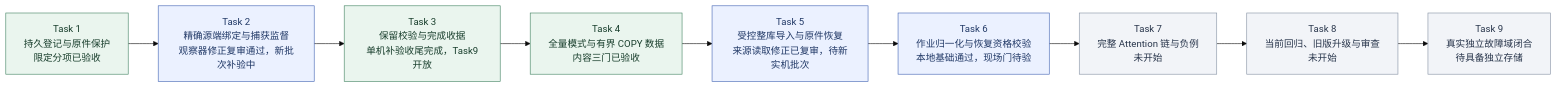
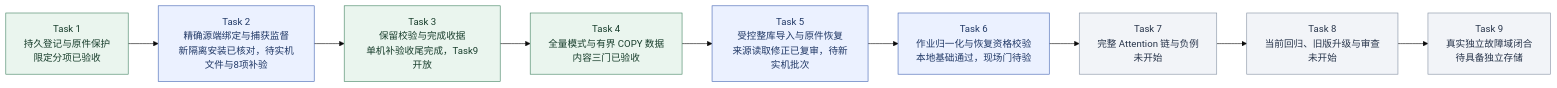
Before and after one commit to MansurnamedZhang/learning-system-p0c4: the second of 9 diagrams in docs/KnowWeave实施路线与系统架构.md, drawn with Mermaid (base theme). The commit also changed other lines of this file and 4 other files, not shown here.

````diff
--- a/docs/KnowWeave实施路线与系统架构.md
+++ b/docs/KnowWeave实施路线与系统架构.md
@@ -72,26 +72,26 @@
 ```mermaid
 flowchart LR
     C4T1["Task 1<br/>持久登记与原件保护<br/>限定分项已验收"]
-    C4T2["Task 2<br/>精确源端绑定与捕获监督<br/>观察器修正复审通过，新批次补验中"]
+    C4T2["Task 2<br/>精确源端绑定与捕获监督<br/>新隔离安装已核对，待实机文件与8项补验"]
     C4T3["Task 3<br/>保留校验与完成收据<br/>单机补验收尾完成，Task9开放"]
     C4T4["Task 4<br/>全量模式与有界 COPY 数据<br/>内容三门已验收"]
     C4T5["Task 5<br/>受控整库导入与原件恢复<br/>来源读取修正已复审，待新实机批次"]
     C4T6["Task 6<br/>作业归一化与恢复资格校验<br/>本地基础通过，现场门待验"]
     C4T7["Task 7<br/>完整 Attention 链与负例<br/>未开始"]
     C4T8["Task 8<br/>当前回归、旧版升级与审查<br/>未开始"]
     C4T9["Task 9<br/>真实独立故障域闭合<br/>待具备独立存储"]
     C4T1 --> C4T2
     C4T2 --> C4T3
     C4T3 --> C4T4
     C4T4 --> C4T5
     C4T5 --> C4T6
     C4T6 --> C4T7
     C4T7 --> C4T8
     C4T8 --> C4T9
     class C4T1,C4T3,C4T4 done
     class C4T2,C4T5,C4T6 next
     class C4T7,C4T8,C4T9 planned
     classDef done fill:#eaf5ee,stroke:#438363,color:#173d2b
     classDef next fill:#ebf1ff,stroke:#4365b4,color:#203866
     classDef planned fill:#f2f4f8,stroke:#8591a3,color:#28354b
 ```
````
